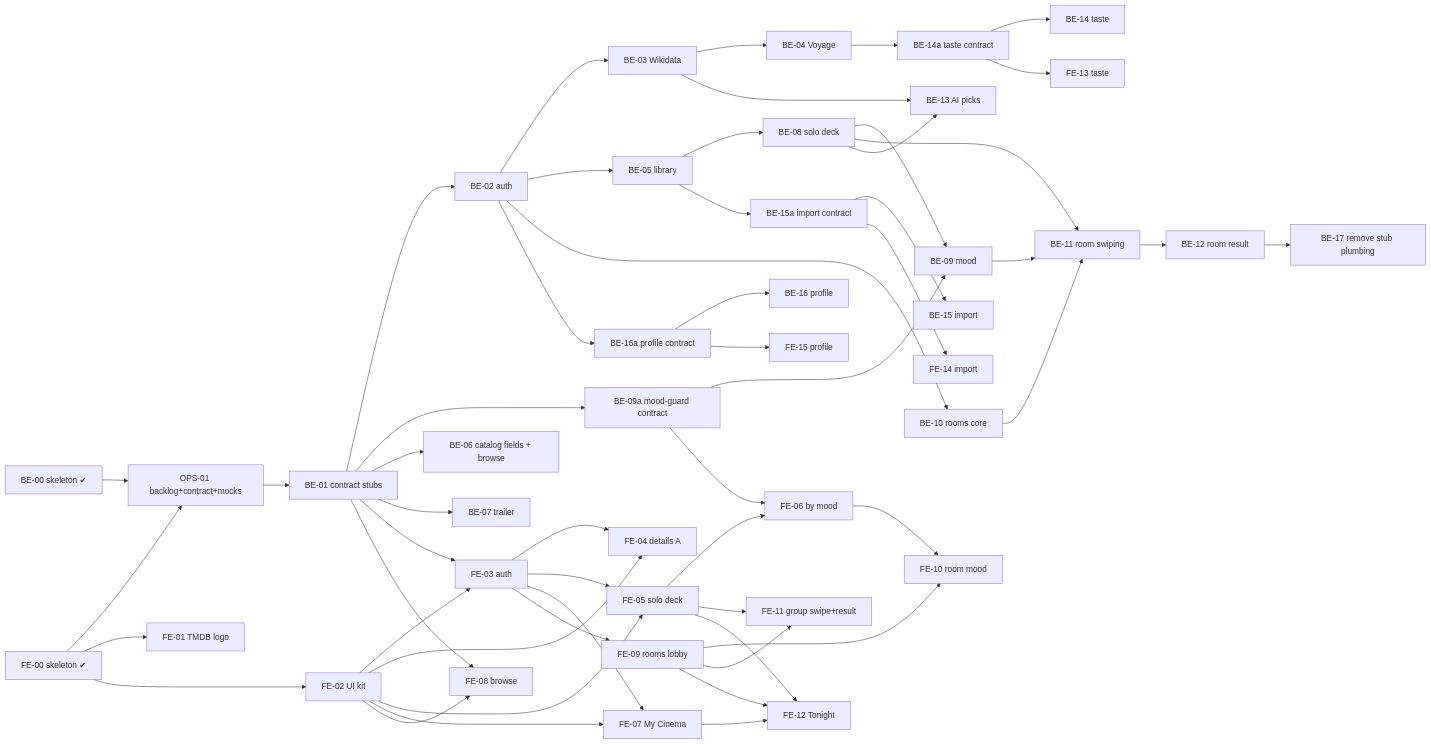
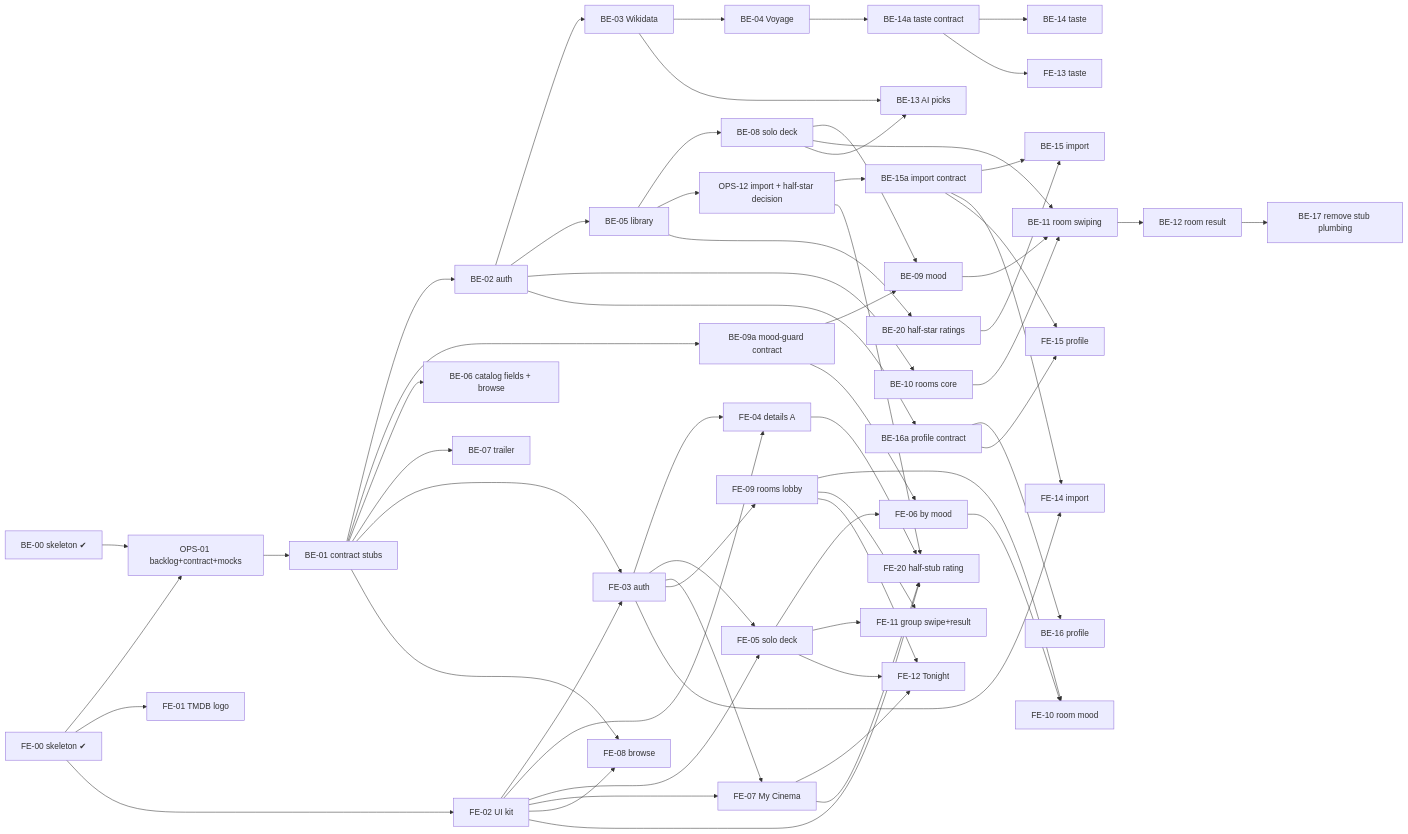
The diagram in docs/backlog.md (osamashtayat/lthaca), drawn with Mermaid before and after one commit. The commit also changed other lines of this file and 5 other files, not shown here.

First line of the commit message:
[OPS-12] Letterboxd import and half-star ratings: decision and contract (#24)

````diff
--- a/docs/backlog.md
+++ b/docs/backlog.md
@@ -20,31 +20,37 @@
 ```mermaid
 flowchart LR
   BE00[BE-00 skeleton ✔] --> OPS01[OPS-01 backlog+contract+mocks] --> BE01[BE-01 contract stubs]
   FE00[FE-00 skeleton ✔] --> OPS01
   BE01 --> BE02[BE-02 auth] --> BE03[BE-03 Wikidata] --> BE04[BE-04 Voyage]
   BE02 --> BE05[BE-05 library] --> BE08[BE-08 solo deck] --> BE09[BE-09 mood]
   BE01 --> BE09a[BE-09a mood-guard contract] --> BE09
   BE09a --> FE06
   BE01 --> BE06[BE-06 catalog fields + browse]
   BE01 --> BE07[BE-07 trailer]
   BE02 --> BE10[BE-10 rooms core] --> BE11[BE-11 room swiping] --> BE12[BE-12 room result]
   BE08 --> BE11
   BE09 --> BE11
   BE03 & BE08 --> BE13[BE-13 AI picks]
   BE04 --> BE14a[BE-14a taste contract] --> BE14[BE-14 taste]
-  BE05 --> BE15a[BE-15a import contract] --> BE15[BE-15 import]
+  OPS12[OPS-12 import + half-star decision] --> BE15a[BE-15a import contract] --> BE15[BE-15 import]
+  BE05 --> OPS12
+  BE05 --> BE20[BE-20 half-star ratings] --> BE15
   BE02 --> BE16a[BE-16a profile contract] --> BE16[BE-16 profile]
   BE12 --> BE17[BE-17 remove stub plumbing]
 
   FE00 --> FE01[FE-01 TMDB logo] & FE02[FE-02 UI kit]
   BE01 --> FE03[FE-03 auth] & FE08[FE-08 browse]
   FE02 --> FE03 & FE04[FE-04 details A] & FE05[FE-05 solo deck] & FE07[FE-07 My Cinema] & FE08
   FE03 --> FE04 & FE05 & FE07 & FE09[FE-09 rooms lobby]
   FE05 --> FE06[FE-06 by mood] & FE11[FE-11 group swipe+result]
   FE09 --> FE10[FE-10 room mood] & FE11
   FE06 --> FE10
   FE05 & FE07 & FE09 --> FE12[FE-12 Tonight]
   BE14a --> FE13[FE-13 taste]
   BE15a --> FE14[FE-14 import]
+  FE03 --> FE14
+  OPS12 --> FE20[FE-20 half-stub rating]
+  FE02 & FE04 & FE07 --> FE20
   BE16a --> FE15[FE-15 profile]
+  BE15a --> FE15
 ```
````
